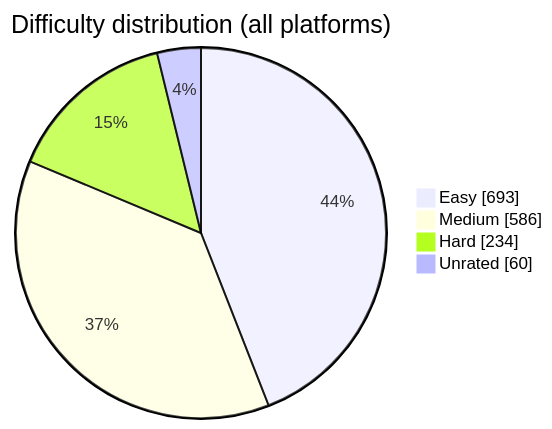
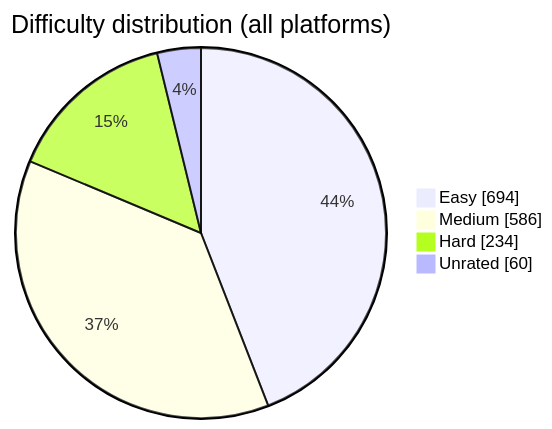
The diagram in README.md (BuildbyArindam/Daily-Coding-Log), drawn with Mermaid before and after one commit. The commit also changed other lines of this file, not shown here.

````diff
--- a/README.md
+++ b/README.md
@@ -93,7 +93,7 @@
 ```mermaid
 pie showData title Difficulty distribution (all platforms)
-    "Easy" : 693
+    "Easy" : 694
     "Medium" : 586
     "Hard" : 234
     "Unrated" : 60
 ```
````
